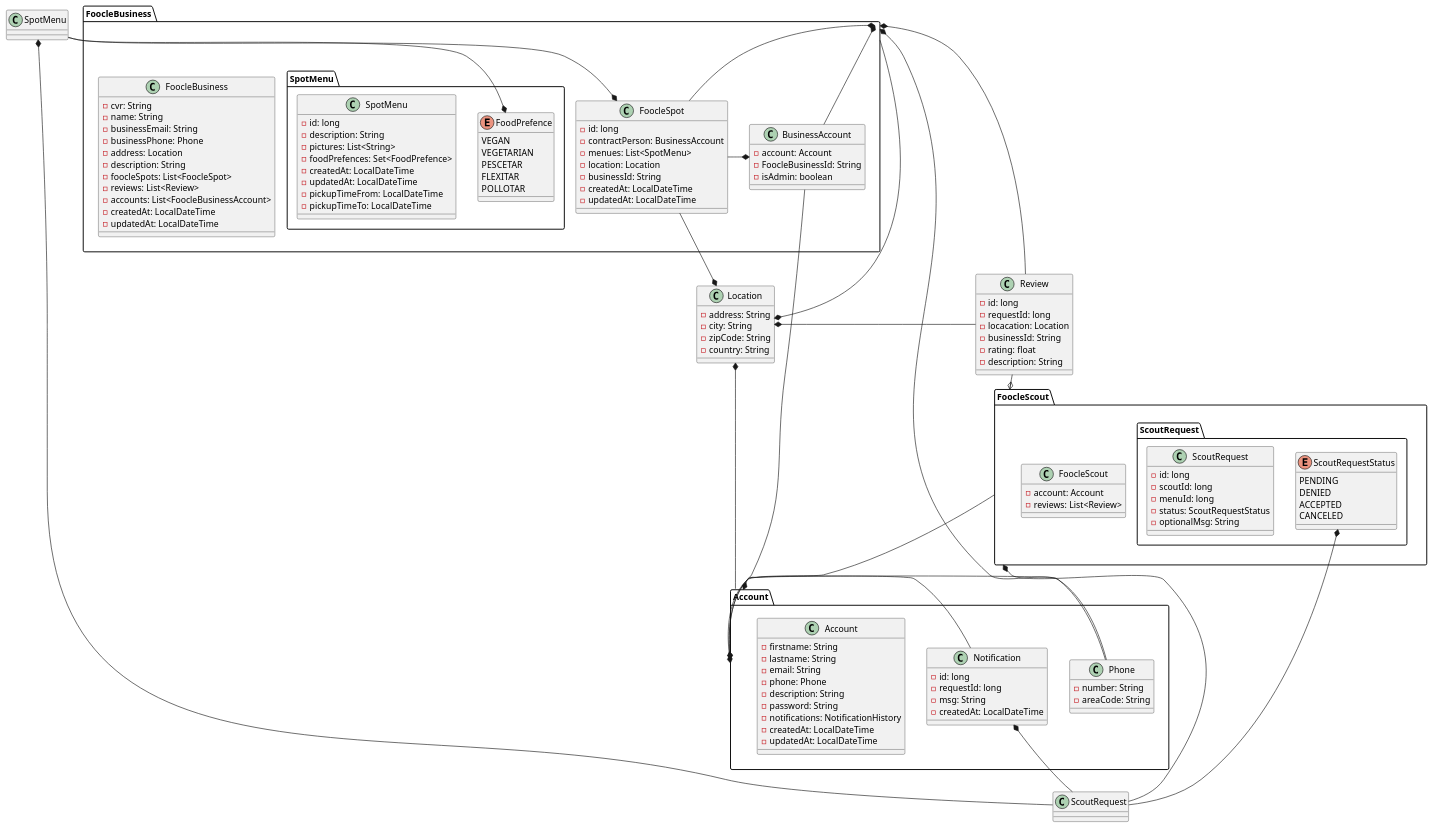
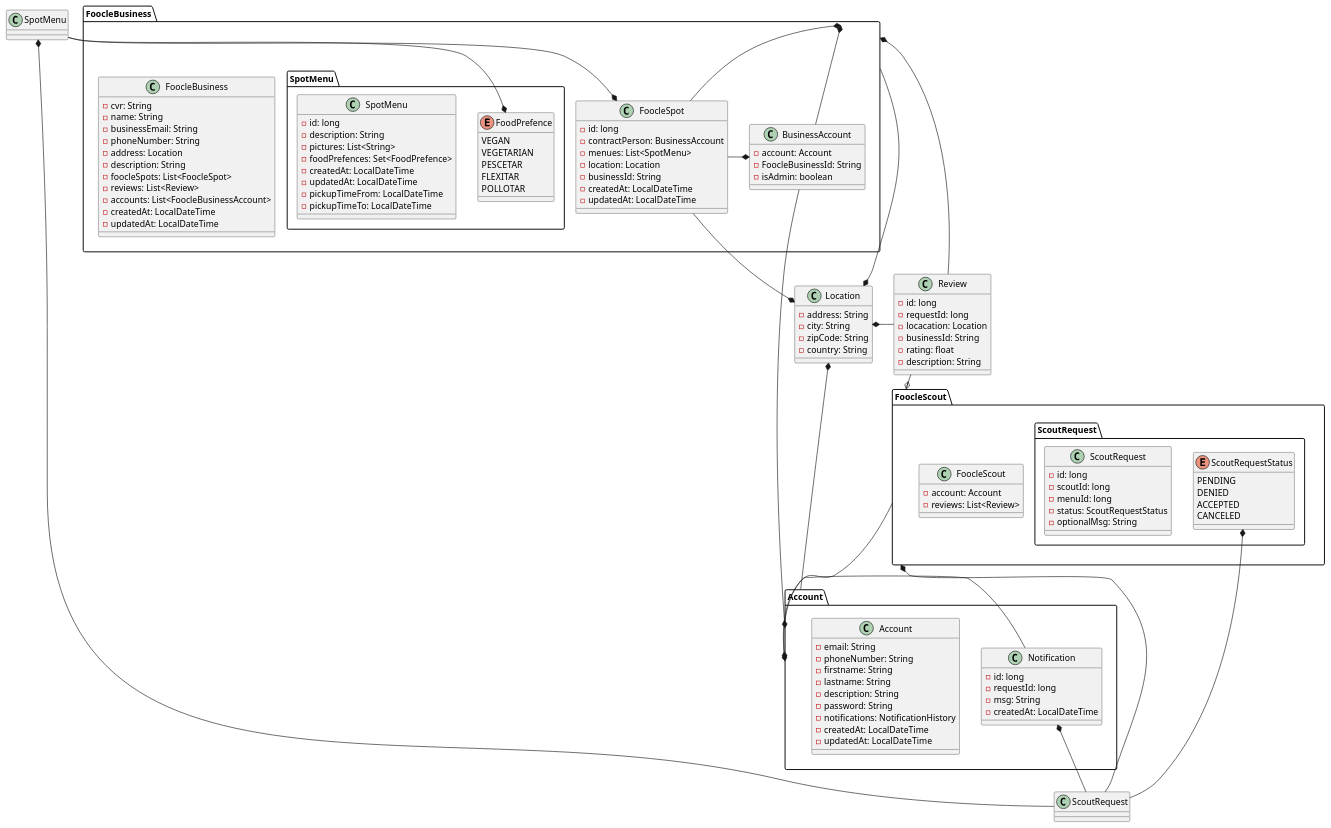
Before and after one commit to Legolai/sem3-SYSEksm-backend: the diagram in docs/classDiagramV2.puml, drawn with PlantUML. The commit also changed 12 other files, not shown here.

```diff
--- a/docs/classDiagramV2.puml
+++ b/docs/classDiagramV2.puml
@@ -1,152 +1,144 @@
 @startuml "Class diagram"
 
 page 2x2
 skinparam pageMargin 10
 
 package "FoocleBusiness" {
     class FoocleBusiness {
       - cvr: String
       - name: String
       - businessEmail: String
-      - businessPhone: Phone
+      - phoneNumber: String
       - address: Location
       - description: String
       - foocleSpots: List<FoocleSpot>
       - reviews: List<Review>
       - accounts: List<FoocleBusinessAccount>
       - createdAt: LocalDateTime
       - updatedAt: LocalDateTime
     }
     class BusinessAccount {
       - account: Account
       - FoocleBusinessId: String
       - isAdmin: boolean
     }
     class FoocleSpot {
       - id: long
       - contractPerson: BusinessAccount
       - menues: List<SpotMenu>
       - location: Location
       - businessId: String
       - createdAt: LocalDateTime
       - updatedAt: LocalDateTime
     }
     package "SpotMenu" {
         class SpotMenu {
           - id: long
           - description: String
           - pictures: List<String>
           - foodPrefences: Set<FoodPrefence>
           - createdAt: LocalDateTime
           - updatedAt: LocalDateTime
           - pickupTimeFrom: LocalDateTime
           - pickupTimeTo: LocalDateTime
         }
         enum FoodPrefence {
               VEGAN
               VEGETARIAN
               PESCETAR
               FLEXITAR
               POLLOTAR
         }
     }
 }
 
 package "FoocleScout" {
     class FoocleScout {
           - account: Account
           - reviews: List<Review>
     }
     package "ScoutRequest" {
         class ScoutRequest {
           - id: long
           - scoutId: long
           - menuId: long
           - status: ScoutRequestStatus
           - optionalMsg: String
         }
         enum ScoutRequestStatus {
           PENDING
           DENIED
           ACCEPTED
           CANCELED
         }
     }
 }
 
 
 package "Account" {
     class Account {
+      - email: String
+      - phoneNumber: String
       - firstname: String
       - lastname: String
-      - email: String
-      - phone: Phone
       - description: String
       - password: String
       - notifications: NotificationHistory
       - createdAt: LocalDateTime
       - updatedAt: LocalDateTime
-    }
-    class Phone {
-      - number: String
-      - areaCode: String
     }
     class Notification {
       - id: long
       - requestId: long
       - msg: String
       - createdAt: LocalDateTime
     }
 }
 
 class Location {
   - address: String
   - city: String
   - zipCode: String
   - country: String
 }
 
 class Review {
   - id: long
   - requestId: long
   - locacation: Location
   - businessId: String
   - rating: float
   - description: String
 }
 
 
 
 '-------------------------------------
 
-
-Phone -l-* FoocleBusiness
-Phone -* Account
-
 BusinessAccount --* Account
 FoocleScout --* Account
 
 FoocleBusiness *-d- BusinessAccount
 BusinessAccount *-l- FoocleSpot
 FoocleBusiness *-r- FoocleSpot
 FoocleSpot *-u- SpotMenu
 SpotMenu -* FoodPrefence
 
 FoocleScout *-d- ScoutRequest
 ScoutRequestStatus *- ScoutRequest
 
 SpotMenu *-- ScoutRequest
 
 
 Account -u-* Location
 FoocleBusiness --* Location
 FoocleSpot --* Location
 
 Location *-r- Review
 FoocleBusiness *-- Review
 FoocleScout o-u- Review
 
 Notification *-- ScoutRequest
 Notification -l-* Account
 
 @enduml
```
